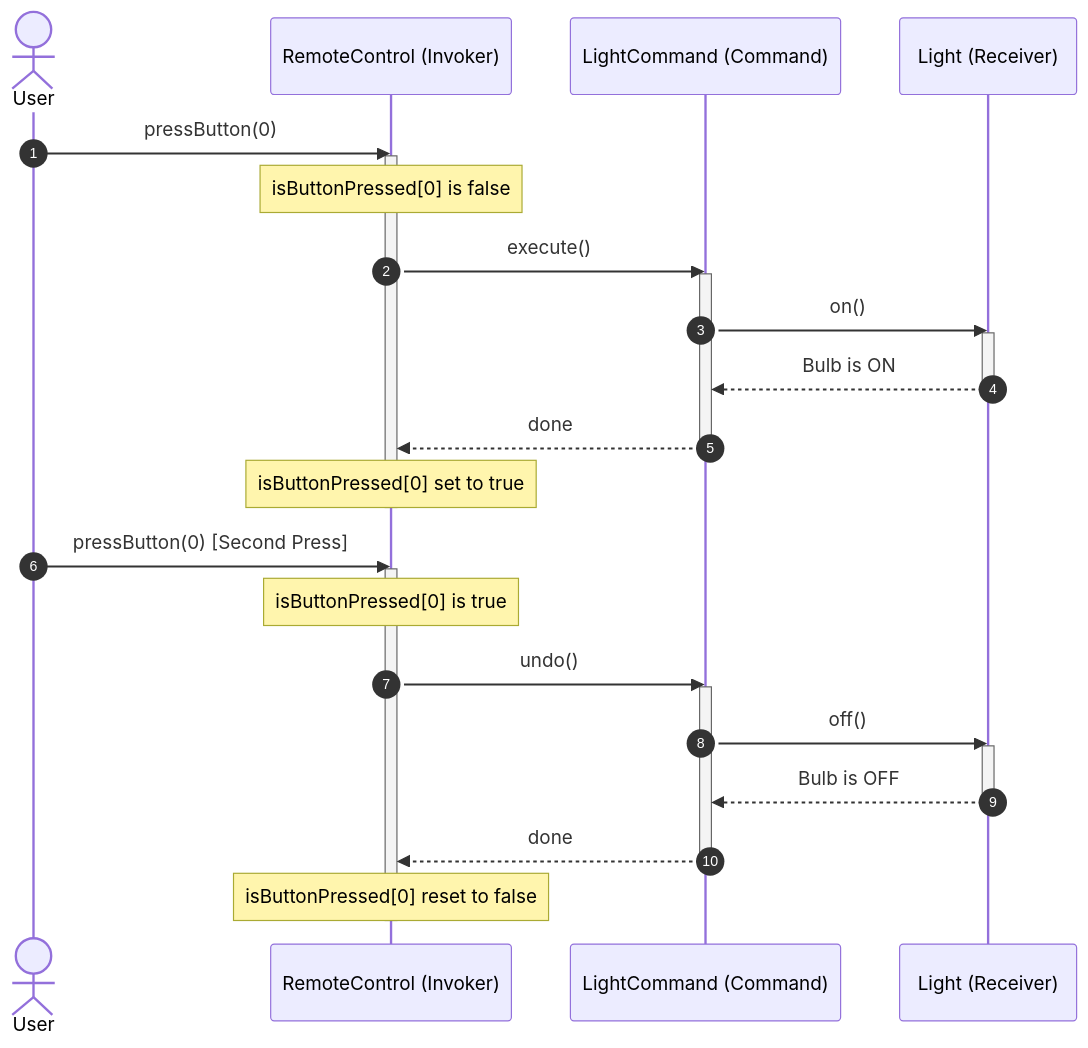
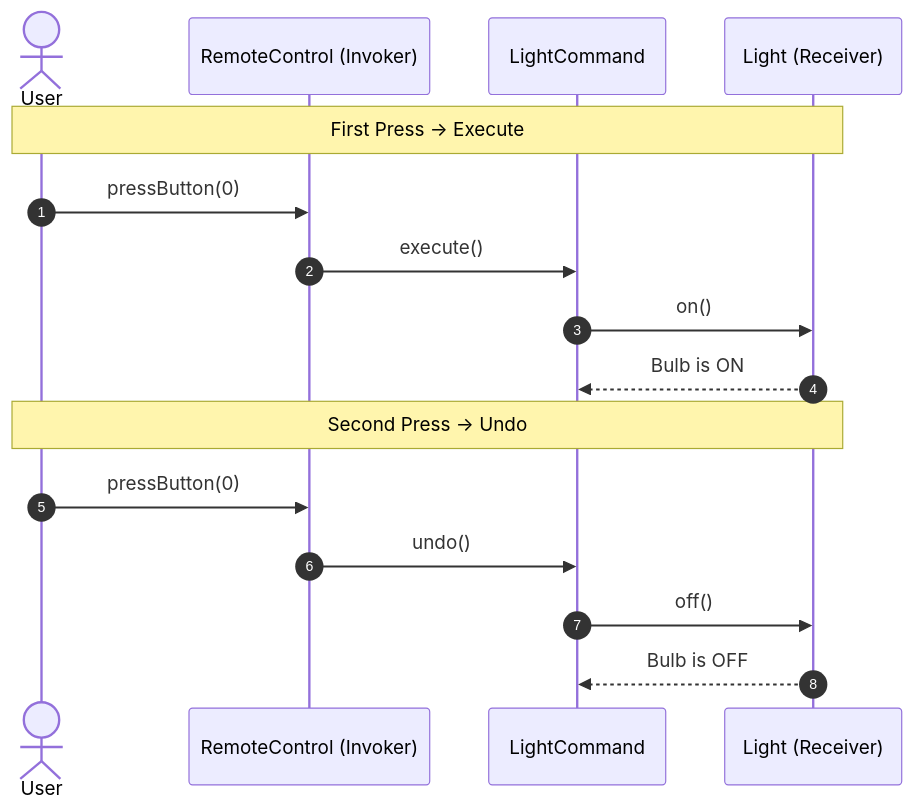
One commit to rohithgowda18/Notes changed the second of 2 diagrams in 04-OOPs-and-Design-Patterns/03-Design-Patterns/15-Command-Design-Pattern.md. Above: the diagram before and after it, drawn with Mermaid. The commit also changed other lines of this file and 17 other files, not shown here.

````diff
--- a/04-OOPs-and-Design-Patterns/03-Design-Patterns/15-Command-Design-Pattern.md
+++ b/04-OOPs-and-Design-Patterns/03-Design-Patterns/15-Command-Design-Pattern.md
@@ -342,36 +235,20 @@
 ```mermaid
 sequenceDiagram
     autonumber
     actor User
     participant Remote as RemoteControl (Invoker)
-    participant Cmd as LightCommand (Command)
+    participant Cmd as LightCommand
     participant Device as Light (Receiver)
 
+    Note over User,Device: First Press -> Execute
     User->>Remote: pressButton(0)
-    activate Remote
-    Note over Remote: isButtonPressed[0] is false
     Remote->>Cmd: execute()
-    activate Cmd
     Cmd->>Device: on()
-    activate Device
     Device-->>Cmd: Bulb is ON
-    deactivate Device
-    Cmd-->>Remote: done
-    deactivate Cmd
-    Note over Remote: isButtonPressed[0] set to true
-    deactivate Remote
 
-    User->>Remote: pressButton(0) [Second Press]
-    activate Remote
-    Note over Remote: isButtonPressed[0] is true
+    Note over User,Device: Second Press -> Undo
+    User->>Remote: pressButton(0)
     Remote->>Cmd: undo()
-    activate Cmd
     Cmd->>Device: off()
-    activate Device
     Device-->>Cmd: Bulb is OFF
-    deactivate Device
-    Cmd-->>Remote: done
-    deactivate Cmd
-    Note over Remote: isButtonPressed[0] reset to false
-    deactivate Remote
 ```
````
